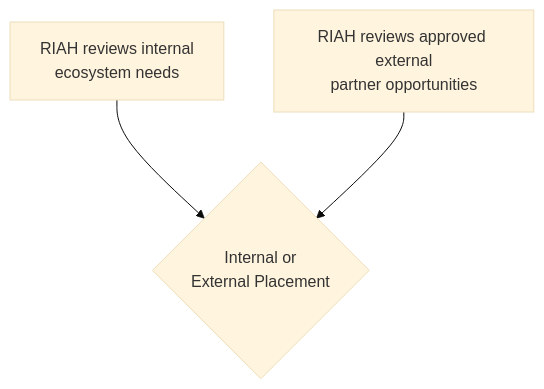
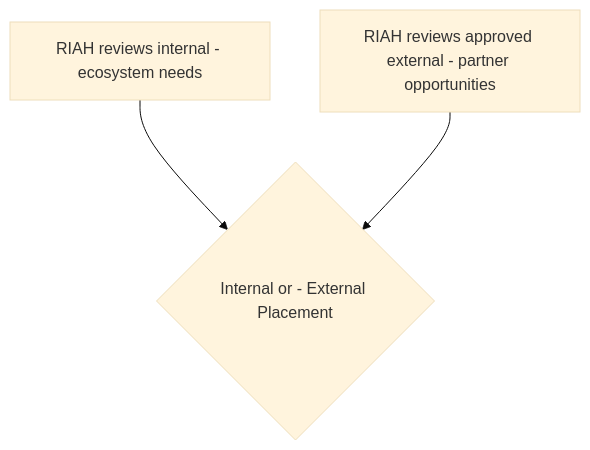
One commit to RIAHPathway/Website-Draft changed the fourth of 18 diagrams in RIAH-PATHWAY-EXPERIENTIAL-STRUCTURE/EXPERIENTIAL-STRUCTURE.md. Above: the diagram before and after it, drawn with Mermaid (base theme). The commit also changed other lines of this file, not shown here.

Commit message:
RIAH Pathway.

````diff
--- a/RIAH-PATHWAY-EXPERIENTIAL-STRUCTURE/EXPERIENTIAL-STRUCTURE.md
+++ b/RIAH-PATHWAY-EXPERIENTIAL-STRUCTURE/EXPERIENTIAL-STRUCTURE.md
@@ -510,5 +510,5 @@
 ```mermaid
 flowchart TD
-    A["RIAH reviews internal<br>ecosystem needs"] --> C{"Internal or<br>External Placement"}
-    B["RIAH reviews approved external<br>partner opportunities"] --> C
+    A["RIAH reviews internal - ecosystem needs"] --> C{"Internal or - External Placement"}
+    B["RIAH reviews approved external - partner opportunities"] --> C
 ```
````
